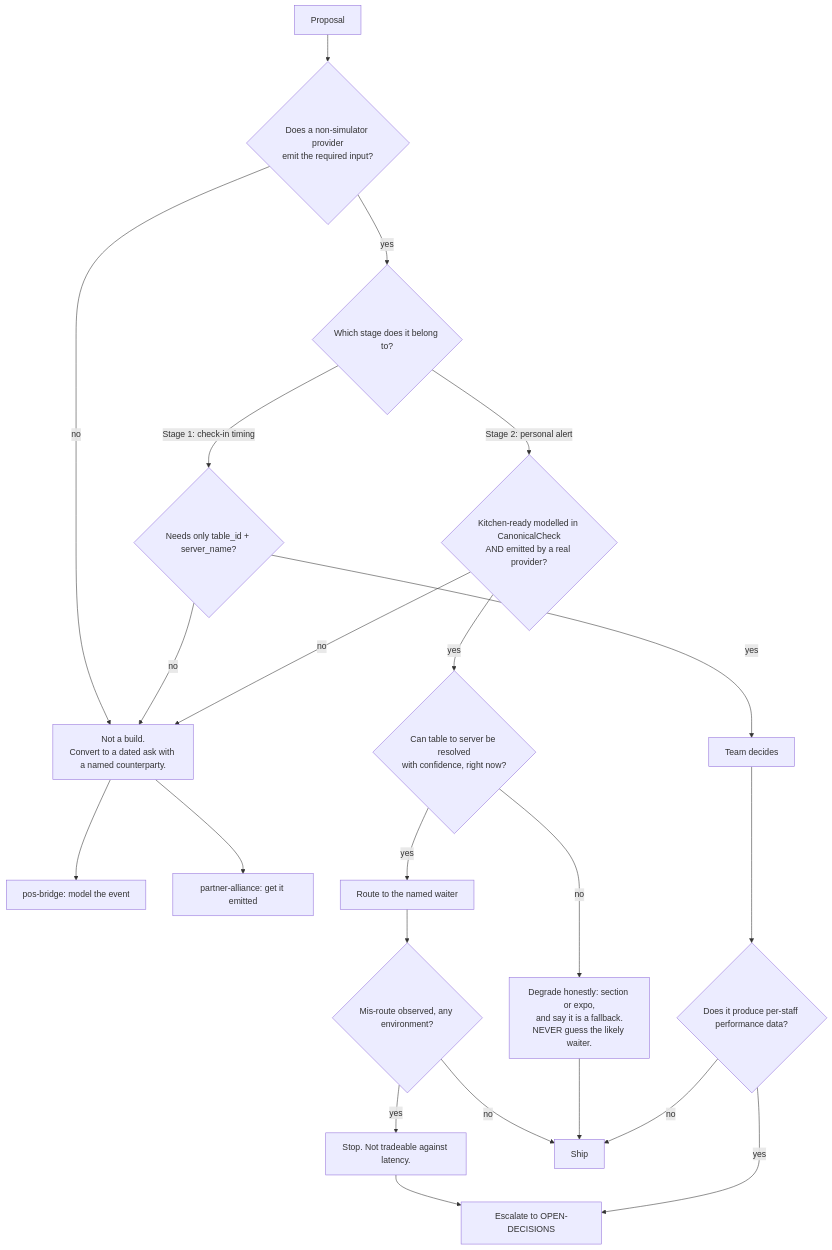
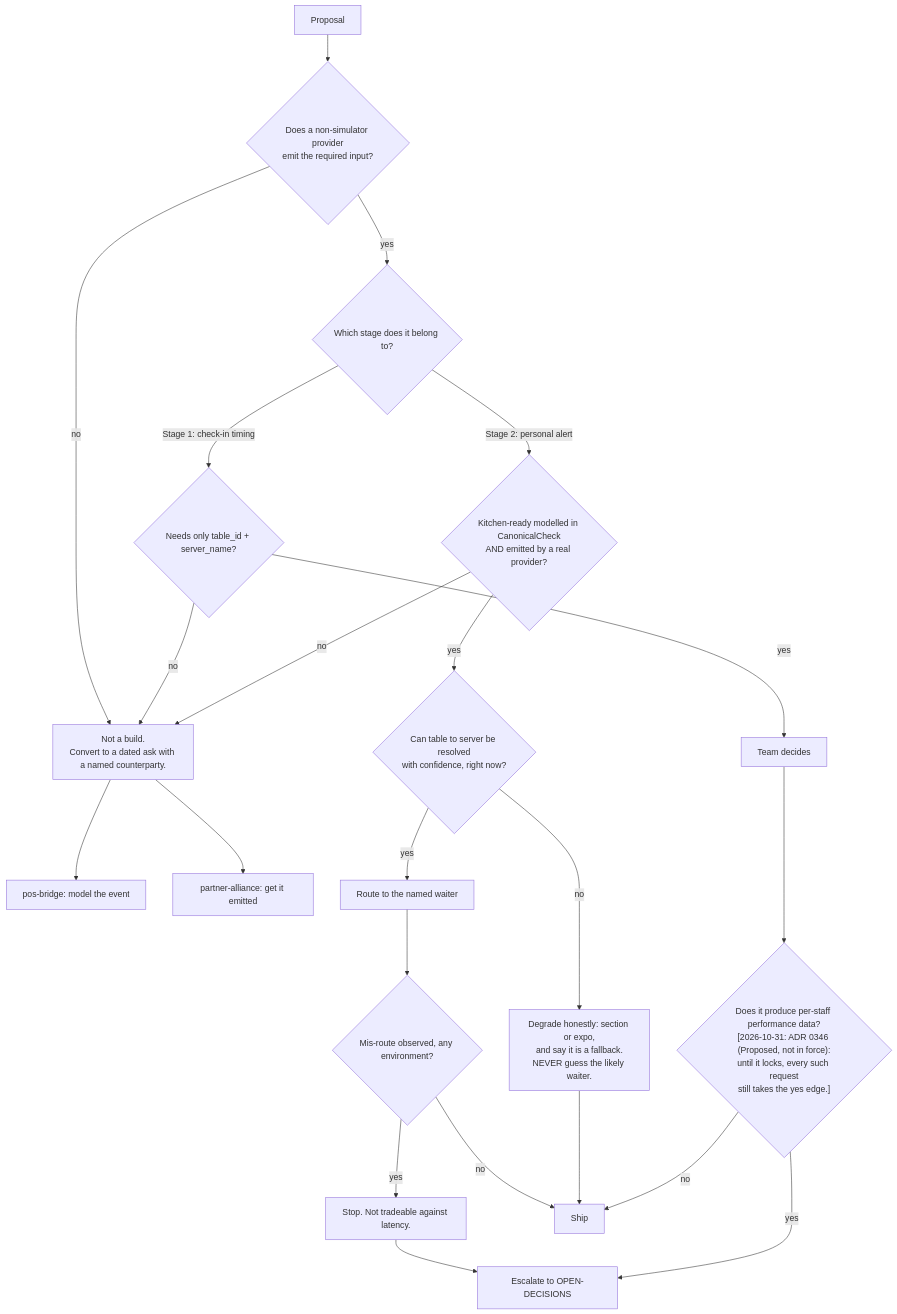
One commit to aldemirkonuk/RestaurantAIAutomation changed the diagram in .planning/01-org/product/product-vision/teams/service-floor/service-floor-directive.md. Above: the diagram before and after it, drawn with Mermaid. The commit also changed other lines of this file and 3 other files, not shown here.

First line of the commit message:
docs: ADR 0345 part 2 of 3; bracket the service-floor charter, directive and agenda (#743)

````diff
--- a/.planning/01-org/product/product-vision/teams/service-floor/service-floor-directive.md
+++ b/.planning/01-org/product/product-vision/teams/service-floor/service-floor-directive.md
@@ -20,29 +20,29 @@
 ```mermaid
 graph TD
   A[Proposal] --> B{Does a non-simulator provider<br/>emit the required input?}
   B -->|no| C[Not a build.<br/>Convert to a dated ask with a named counterparty.]
   C --> C1[pos-bridge: model the event]
   C --> C2[partner-alliance: get it emitted]
   B -->|yes| D{Which stage does it belong to?}
 
   D -->|Stage 1: check-in timing| E{Needs only table_id + server_name?}
   E -->|yes| F[Team decides]
   E -->|no| C
 
   D -->|Stage 2: personal alert| G{Kitchen-ready modelled in CanonicalCheck<br/>AND emitted by a real provider?}
   G -->|no| C
   G -->|yes| H{Can table to server be resolved<br/>with confidence, right now?}
 
   H -->|yes| I[Route to the named waiter]
   H -->|no| J[Degrade honestly: section or expo,<br/>and say it is a fallback.<br/>NEVER guess the likely waiter.]
 
   I --> K{Mis-route observed, any environment?}
   K -->|yes| L[Stop. Not tradeable against latency.]
   K -->|no| M[Ship]
   J --> M
 
   L --> N[Escalate to OPEN-DECISIONS]
-  F --> O{Does it produce per-staff performance data?}
+  F --> O{"Does it produce per-staff performance data?<br/>[2026-10-31: ADR 0346 (Proposed, not in force):<br/>until it locks, every such request<br/>still takes the yes edge.]"}
   O -->|yes| N
   O -->|no| M
 ```
````
